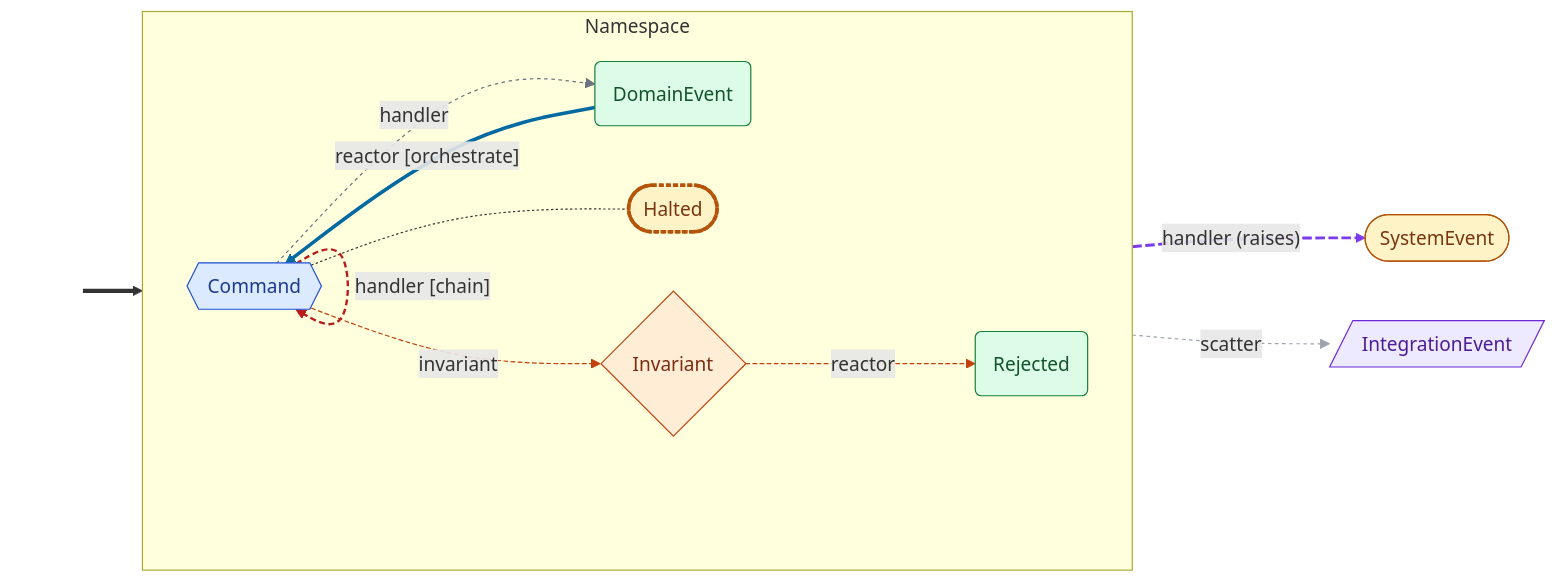
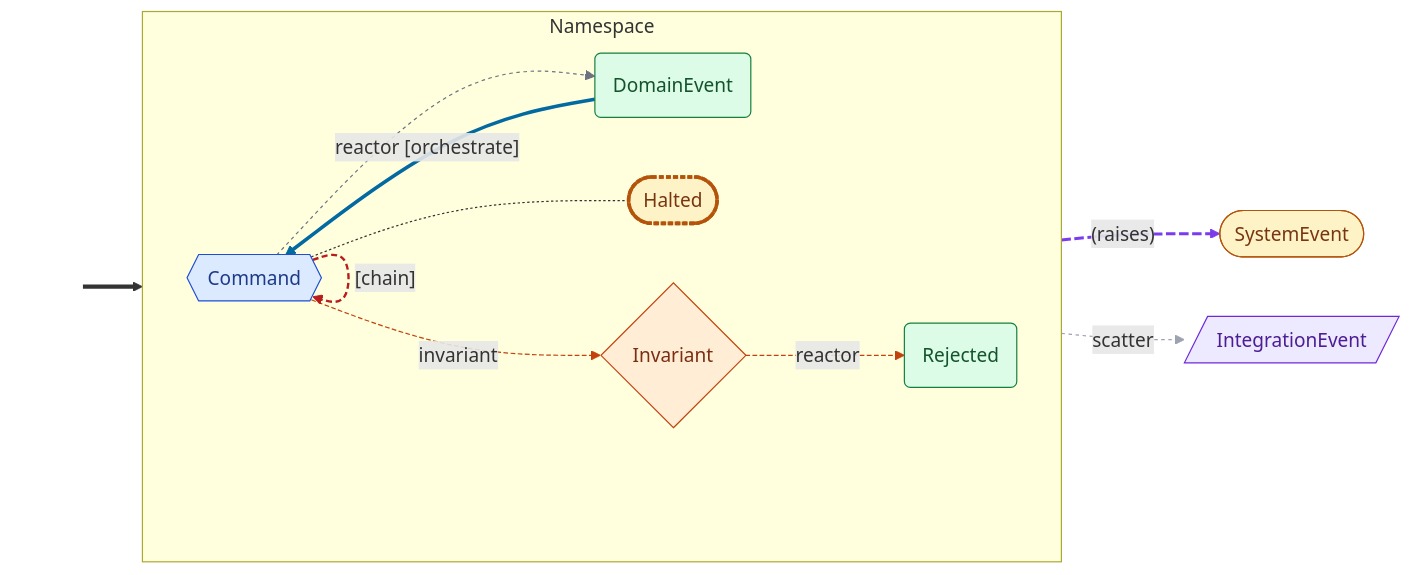
The first of 2 diagrams in examples/map_reduce.graph.md (cadance-io/langgraph-events), drawn with Mermaid before and after one commit. The commit also changed 17 other files, not shown here.

````diff
--- a/examples/map_reduce.graph.md
+++ b/examples/map_reduce.graph.md
@@ -7,34 +7,34 @@
 ```mermaid
 graph LR
     classDef entry fill:none,stroke:none,color:none
     classDef cmd fill:#dbeafe,stroke:#1d4ed8,color:#1e3a8a
     classDef devt fill:#dcfce7,stroke:#15803d,color:#14532d
     classDef intg fill:#ede9fe,stroke:#6d28d9,color:#4c1d95
     classDef syst fill:#fef3c7,stroke:#b45309,color:#78350f
     classDef halt fill:#fef3c7,stroke:#b45309,color:#78350f,stroke-width:3px,stroke-dasharray:4 2
     classDef inv fill:#ffedd5,stroke:#c2410c,color:#7c2d12
     subgraph Example["Namespace"]
       direction LR
       Command{{Command}}:::cmd
       DomainEvent(DomainEvent):::devt
       Halted([Halted]):::halt
       Invariant{Invariant}:::inv
       Rejected(Rejected):::devt
     end
     IntegrationEvent[/IntegrationEvent/]:::intg
     SystemEvent([SystemEvent]):::syst
     _seed_[ ]:::entry ==> Command
-    Command -->|handler| DomainEvent
-    Command -.->|"handler (raises)"| SystemEvent
+    Command --> DomainEvent
+    Command -.->|"(raises)"| SystemEvent
     Command -.->|scatter| IntegrationEvent
     Command -.- Halted
     Command -.->|invariant| Invariant -.->|reactor| Rejected
     DomainEvent -->|"reactor [orchestrate]"| Command
-    Command -->|"handler [chain]"| Command
+    Command -->|"[chain]"| Command
     linkStyle 1 stroke:#6b7280,stroke-dasharray:3 3
     linkStyle 2 stroke:#7c3aed,stroke-width:2.5px,stroke-dasharray:8 3
     linkStyle 3 stroke:#9ca3af,stroke-dasharray:3 3
     linkStyle 5,6 stroke:#c2410c,stroke-dasharray:4 2
     linkStyle 7 stroke:#0369a1,stroke-width:3px
     linkStyle 8 stroke:#b91c1c,stroke-width:2px,stroke-dasharray:5 3
 ```
````
